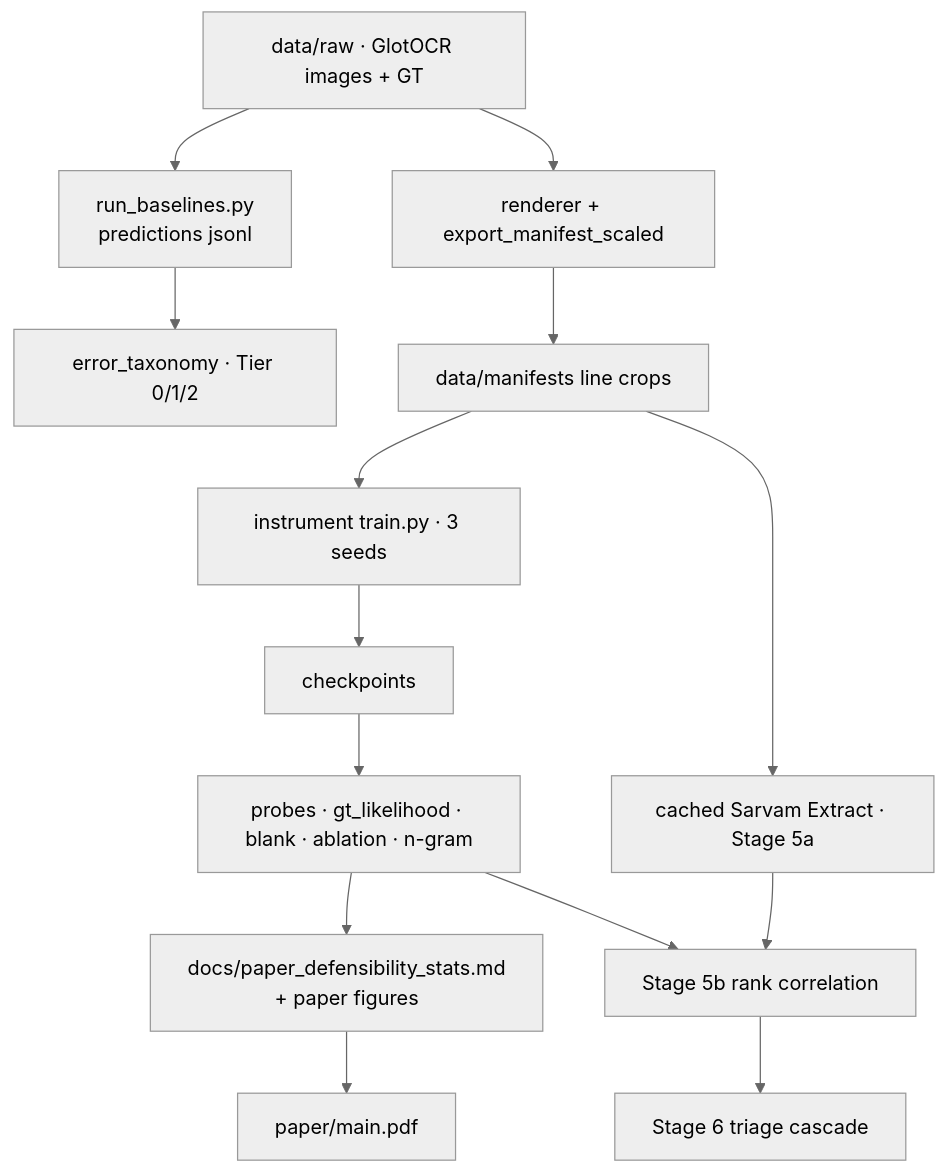
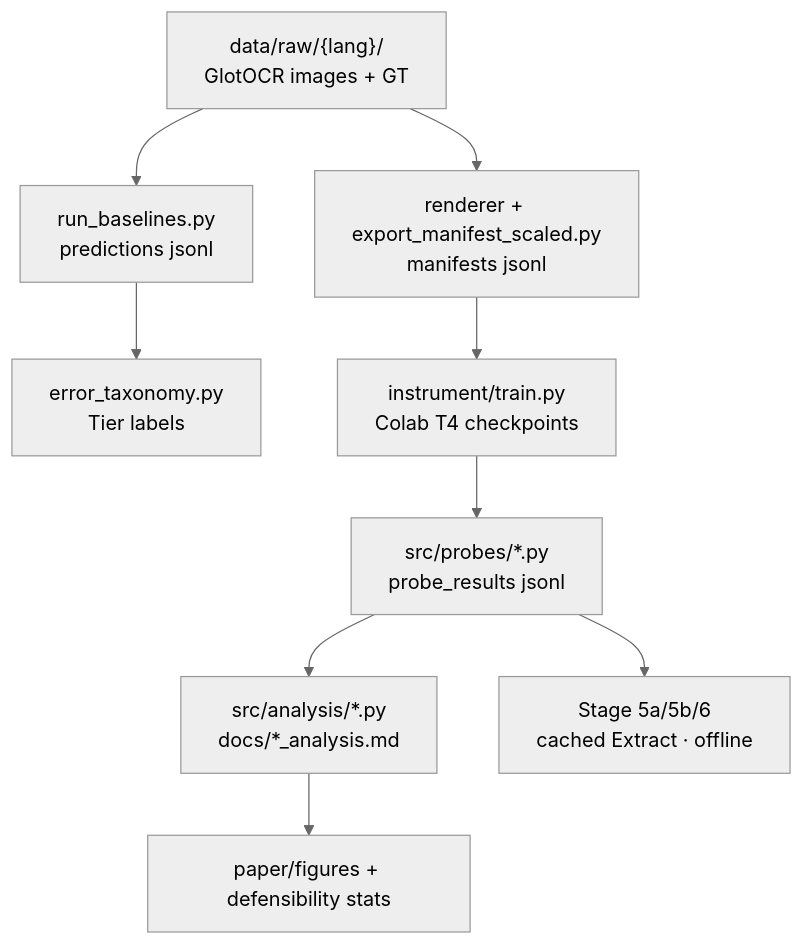
One commit to Adya6714/vlm-ocr-eval changed the seventh of 11 diagrams in BOOK.md. Above: the diagram before and after it, drawn with Mermaid (neutral theme). The commit also changed other lines of this file and 4 other files, not shown here.

First line of the commit message:
Polish Production-first site with Mermaid atlases and BOOK flows.

````diff
--- a/BOOK.md
+++ b/BOOK.md
@@ -859,16 +852,11 @@
 ```mermaid
-flowchart TB
-  RAW[data/raw · GlotOCR images + GT] --> BASE[run_baselines.py<br/>predictions jsonl]
-  RAW --> REN[renderer + export_manifest_scaled]
-  BASE --> TAX[error_taxonomy · Tier 0/1/2]
-  REN --> MAN[data/manifests line crops]
-  MAN --> TR[instrument train.py · 3 seeds]
-  TR --> CK[checkpoints]
-  CK --> PR[probes · gt_likelihood · blank · ablation · n-gram]
-  PR --> DOC[docs/paper_defensibility_stats.md<br/>+ paper figures]
-  MAN --> SAR[cached Sarvam Extract · Stage 5a]
-  PR --> S5B[Stage 5b rank correlation]
-  SAR --> S5B
-  S5B --> S6[Stage 6 triage cascade]
-  DOC --> PDF[paper/main.pdf]
+flowchart TD
+  RAW["data/raw/{lang}/<br/>GlotOCR images + GT"] --> BASE["run_baselines.py<br/>predictions jsonl"]
+  BASE --> TAX["error_taxonomy.py<br/>Tier labels"]
+  RAW --> REN["renderer + export_manifest_scaled.py<br/>manifests jsonl"]
+  REN --> TR["instrument/train.py<br/>Colab T4 checkpoints"]
+  TR --> PR["src/probes/*.py<br/>probe_results jsonl"]
+  PR --> AN["src/analysis/*.py<br/>docs/*_analysis.md"]
+  AN --> FIG["paper/figures + defensibility stats"]
+  PR --> S5["Stage 5a/5b/6<br/>cached Extract · offline"]
 ```
````
